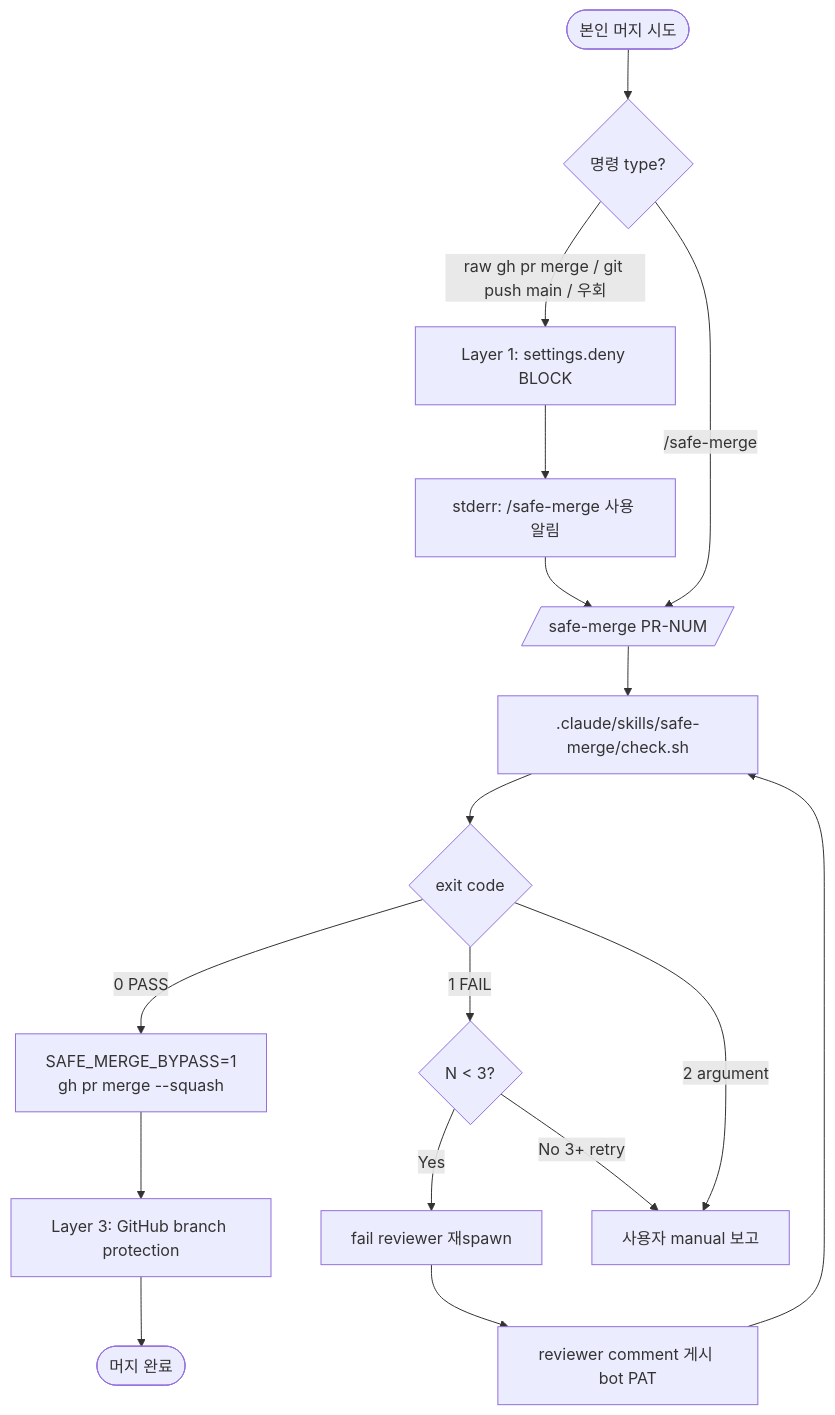
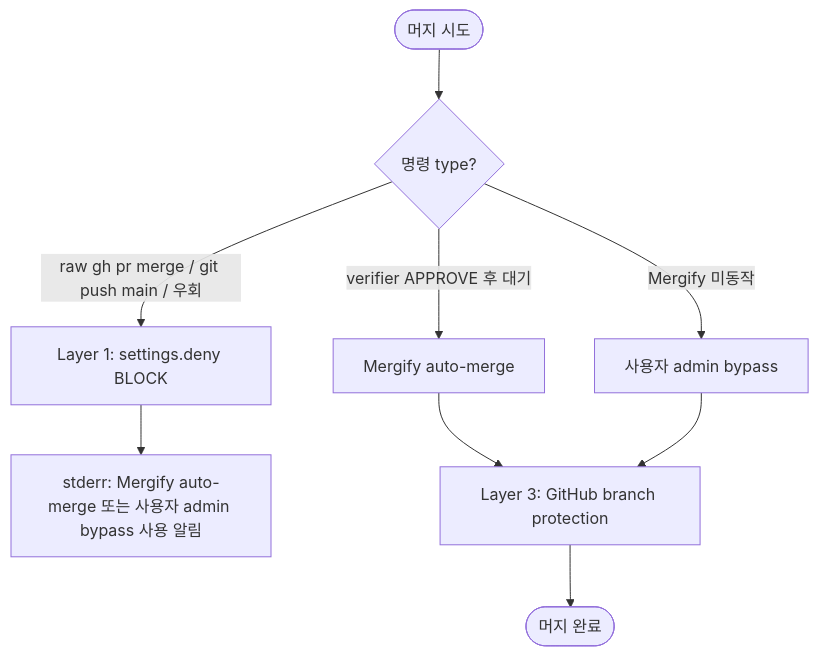
Before and after one commit to simsimhugh/macro-logbot: the third of 3 diagrams in docs/process/03-개발-프로세스.md, drawn with Mermaid. The commit also changed other lines of this file and 26 other files, not shown here.

First line of the commit message:
feat(skills): PR #71 cycle 10 — role-specific verdict + body render 정책

````diff
--- a/docs/process/03-개발-프로세스.md
+++ b/docs/process/03-개발-프로세스.md
@@ -294,19 +293,11 @@
 ```mermaid
 flowchart TD
-    Start([본인 머지 시도]) --> RawCmd{명령 type?}
+    Start([머지 시도]) --> RawCmd{명령 type?}
     RawCmd -- "raw gh pr merge / git push main / 우회" --> Block1[Layer 1: settings.deny BLOCK]
-    Block1 --> SR1[stderr: /safe-merge 사용 알림]
-    SR1 --> Skill[/safe-merge PR-NUM/]
-    RawCmd -- "/safe-merge" --> Skill
-    Skill --> CheckSh[".claude/skills/safe-merge/check.sh"]
-    CheckSh --> Verdict{exit code}
-    Verdict -- "0 PASS" --> BypassMerge["SAFE_MERGE_BYPASS=1<br/>gh pr merge --squash"]
-    BypassMerge --> GH[Layer 3: GitHub branch protection]
+    Block1 --> SR1[stderr: Mergify auto-merge 또는 사용자 admin bypass 사용 알림]
+    RawCmd -- "verifier APPROVE 후 대기" --> Mergify[Mergify auto-merge]
+    Mergify --> GH[Layer 3: GitHub branch protection]
     GH --> Done([머지 완료])
-    Verdict -- "1 FAIL" --> Retry{N < 3?}
-    Retry -- "Yes" --> RespawnRev[fail reviewer 재spawn]
-    RespawnRev --> PostComment[reviewer comment 게시 bot PAT]
-    PostComment --> CheckSh
-    Retry -- "No 3+ retry" --> Manual[사용자 manual 보고]
-    Verdict -- "2 argument" --> Manual
+    RawCmd -- "Mergify 미동작" --> AdminBypass[사용자 admin bypass]
+    AdminBypass --> GH
 ```
````
